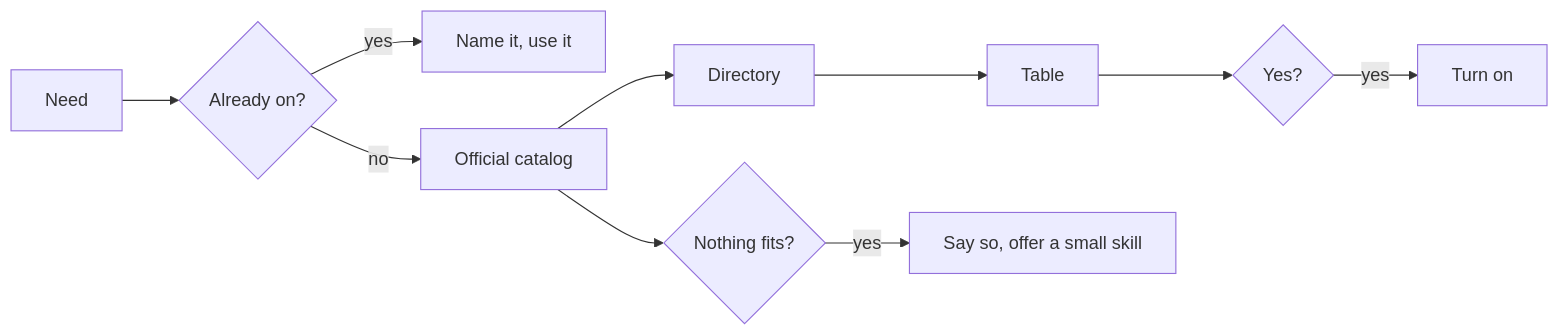
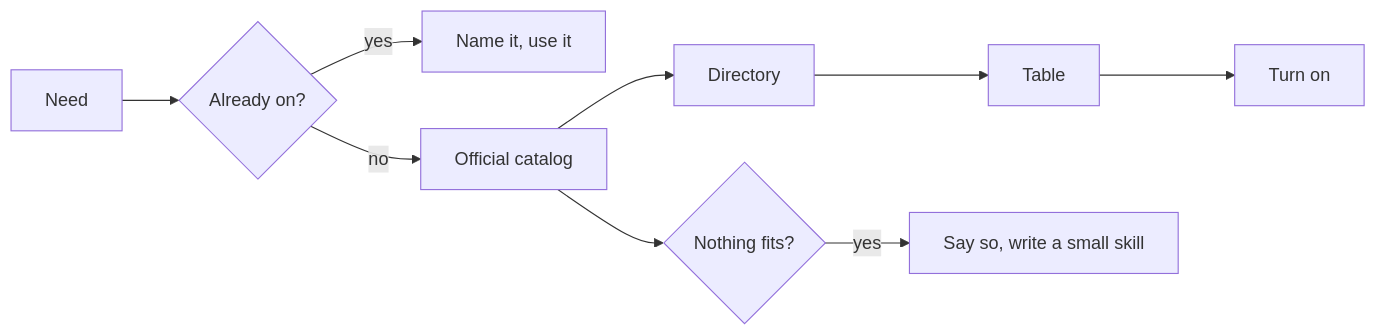
One commit to Colorado-Startups/claudius changed the diagram in plugin/skills/find-plugin/SKILL.md. Above: the diagram before and after it, drawn with Mermaid. The commit also changed other lines of this file and 15 other files, not shown here.

````diff
--- a/plugin/skills/find-plugin/SKILL.md
+++ b/plugin/skills/find-plugin/SKILL.md
@@ -17,6 +17,6 @@
 ```mermaid
 flowchart LR
   N[Need] --> O{Already on?} -->|yes| U[Name it, use it]
-  O -->|no| C[Official catalog] --> D[Directory] --> T[Table] --> Y{Yes?} -->|yes| I[Turn on]
-  C --> G{Nothing fits?} -->|yes| S[Say so, offer a small skill]
+  O -->|no| C[Official catalog] --> D[Directory] --> T[Table] --> I[Turn on]
+  C --> G{Nothing fits?} -->|yes| S[Say so, write a small skill]
 ```
````
